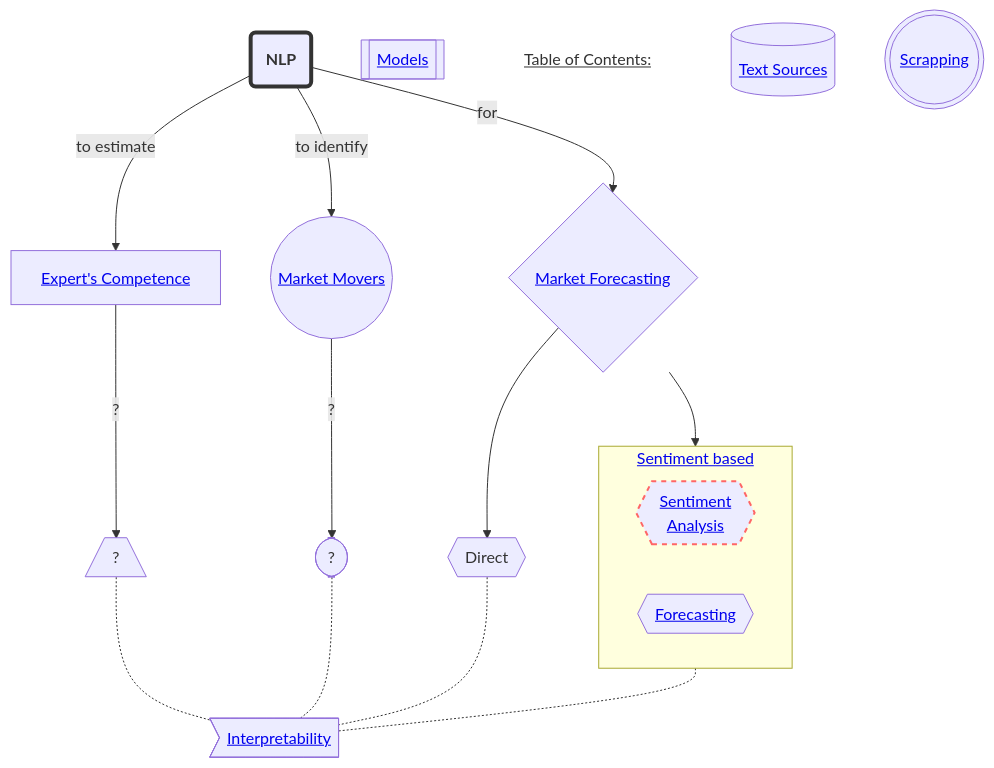
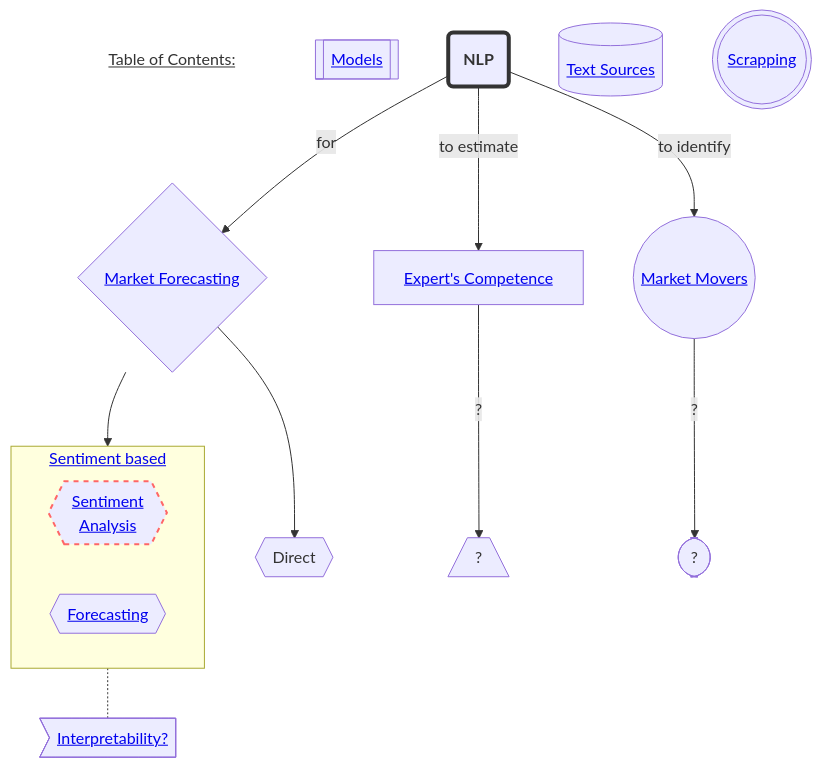
Before and after one commit to completelyboofyblitzed/STOCK-MARKET-NLP: the first of 2 diagrams in README.md, drawn with Mermaid.

````diff
--- a/README.md
+++ b/README.md
@@ -9,44 +9,44 @@
 ```mermaid
 %%{init: {"theme": "default","fontFamily": "cursive", "sequence": { "securityLevel":"loose" }}}%%
 graph TD
     title[<u>Table of Contents:</u>]
     title---F
     style title fill:#FFF,stroke:#FFF
     linkStyle 0 stroke:#FFF,stroke-width:0;
 
     %%FirstStep-->...
     %%classDef containers fill:#E6E1F7
     
     %% styling the nodes and arrors https://dompl.medium.com/produce-great-looking-flowcharts-in-seconds-7f3bea64f2e2
     %% mermaid editor https://mermaid.live
     Mo[[<a href='https://github.com/completelyboofyblitzed/NLP-in-STOCK-MARKET/blob/main/README.md#models'>Models</a>]]
     A(<b>NLP</b>) -->|for| F{<a href='https://github.com/completelyboofyblitzed/NLP-in-STOCK-MARKET/blob/main/README.md#market-forecasting'>Market Forecasting</a>} 
     
     style A stroke:#333,stroke-width:4px
     subgraph MF [<a href='https://github.com/completelyboofyblitzed/NLP-in-STOCK-MARKET/blob/main/README.md#sentiment-based' >Sentiment based</a>]
     Se{{<a href='https://github.com/completelyboofyblitzed/NLP-in-STOCK-MARKET/blob/main/README.md#sentiment-analysis'>Sentiment<br>Analysis</a>}}
     Fc{{<a href='https://github.com/completelyboofyblitzed/NLP-in-STOCK-MARKET/blob/main/README.md#forecasting'>Forecasting</a>}}
     %% Al{{?}}
     end
 
     
     Ts[(<a href='https://github.com/completelyboofyblitzed/NLP-in-STOCK-MARKET/blob/main/README.md#text-sources'>Text Sources</a>)]
     
     %% Se<-.-Mo
     %% Fc<-.-Al[[<a href='https://github.com/completelyboofyblitzed/NLP-in-STOCK-MARKET/blob/main/README.md#algorithms'>Algorithms</a>]]
     F--> Di{{Direct}}
 
     Sc(((<a href='https://github.com/completelyboofyblitzed/NLP-in-STOCK-MARKET/blob/main/README.md#scrapping'>Scrapping</a>)))
     A -->|to estimate| E[<a href='https://github.com/completelyboofyblitzed/NLP-in-STOCK-MARKET/blob/main/README.md#experts-competence-estimation'>Expert's Competence</a>]
     A -->|to identify| M((<a href='https://github.com/completelyboofyblitzed/NLP-in-STOCK-MARKET/blob/main/README.md#market-movers-identification'>Market Movers</a>))
     F -->|"  "| MF{{?}}
     style Se stroke:#f66,stroke-width:2px,color:#fff,stroke-dasharray: 5 5,text-decoration: none
     E -->|?| V[/?\]
     M -->|?| Q([?])
-    I><a href='https://github.com/completelyboofyblitzed/NLP-in-STOCK-MARKET/blob/main/README.md#interpretability'>Interpretability</a>]
-    V<-.-I
-    Q<-.-I
-    Di<-.-I
+    I><a href='https://github.com/completelyboofyblitzed/NLP-in-STOCK-MARKET/blob/main/README.md#interpretability'>Interpretability?</a>]
+    %%V<-.-I
+    %%Q<-.-I
+    %%Di<-.-I
     MF<-.-I
     %% class A,B,F,E,E,M,F,Q containers;
 ```
````
